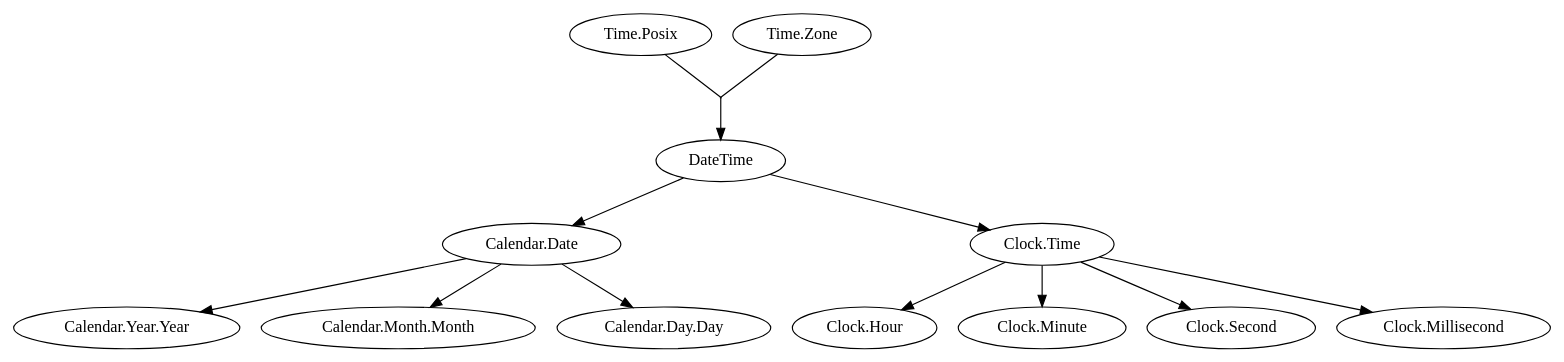
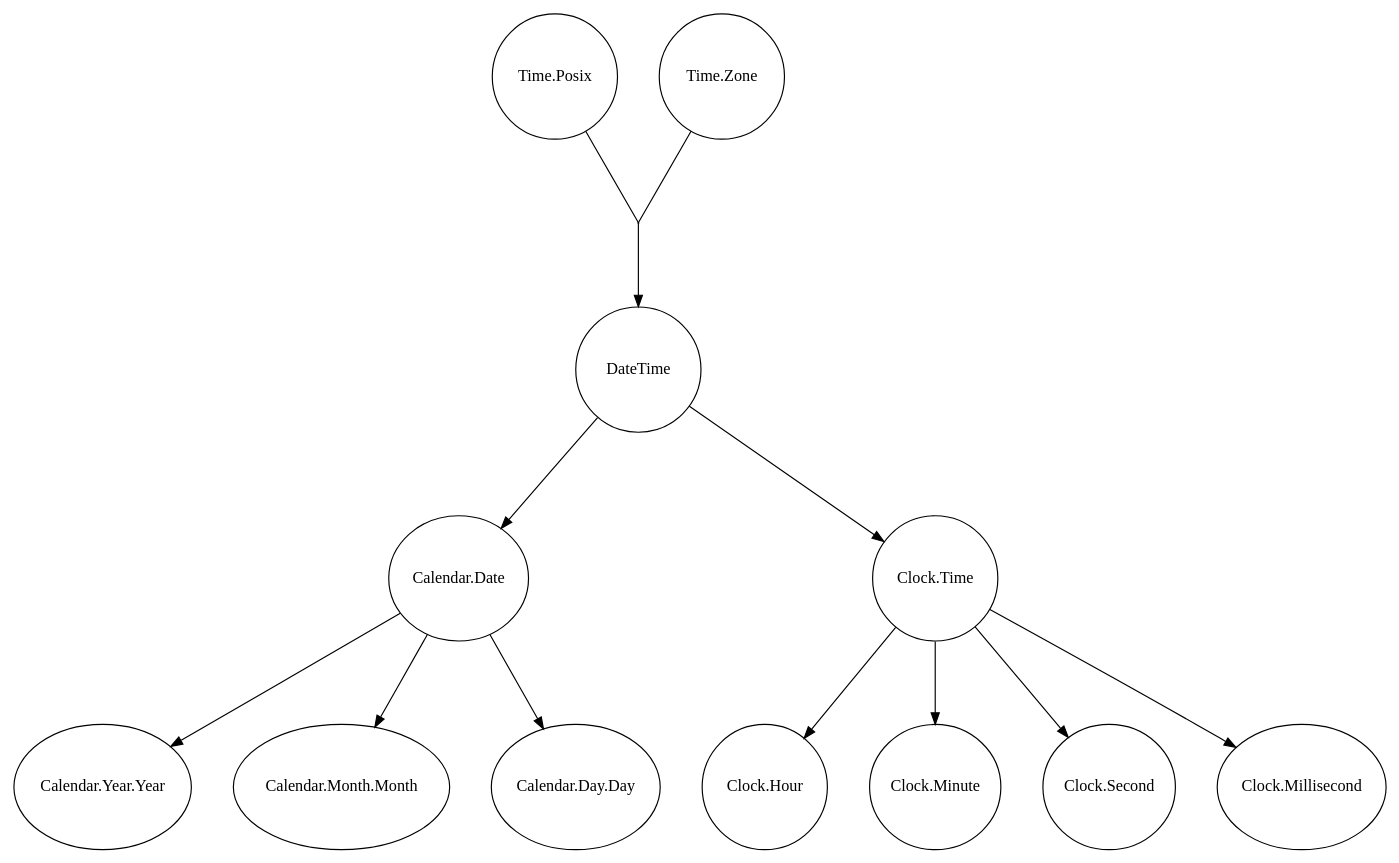
Before and after one commit to jmackie/elm-datetime: the diagram in diagram.gv, drawn with Graphviz. The commit also changed 2 other files, not shown here.

Commit message:
Resize diagram

```diff
--- a/diagram.gv
+++ b/diagram.gv
@@ -1,14 +1,18 @@
 digraph G {
+    node [shape=oval, width=1.5, height=1.5];
+    ranksep=1;
+    nodesep=0.5;
+
     m1 [shape=point,width=0.01,height=0.01];
     {"Time.Posix", "Time.Zone"} -> m1 [dir=none];
     m1 -> DateTime;
     DateTime -> "Calendar.Date";
     DateTime -> "Clock.Time";
     "Calendar.Date" -> "Calendar.Year.Year";
     "Calendar.Date" -> "Calendar.Month.Month";
     "Calendar.Date" -> "Calendar.Day.Day";
     "Clock.Time" -> "Clock.Hour";
     "Clock.Time" -> "Clock.Minute";
     "Clock.Time" -> "Clock.Second";
     "Clock.Time" -> "Clock.Millisecond";
 }
```
